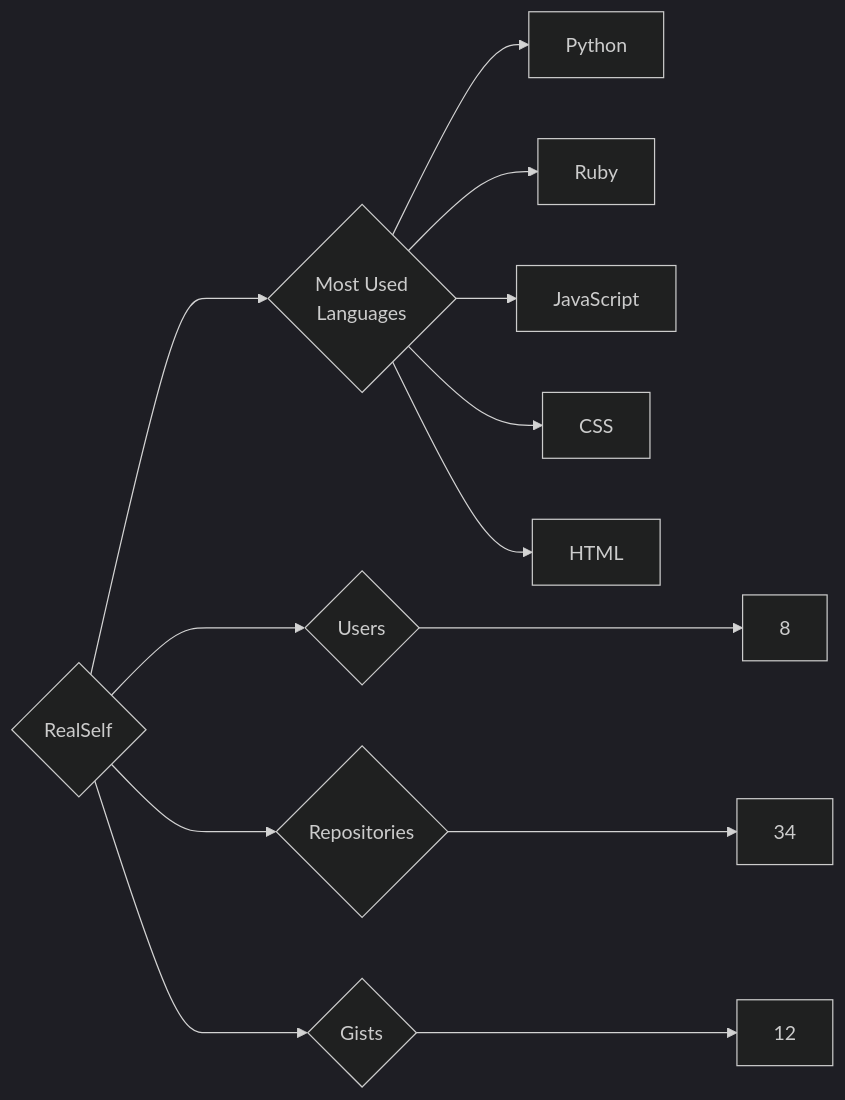
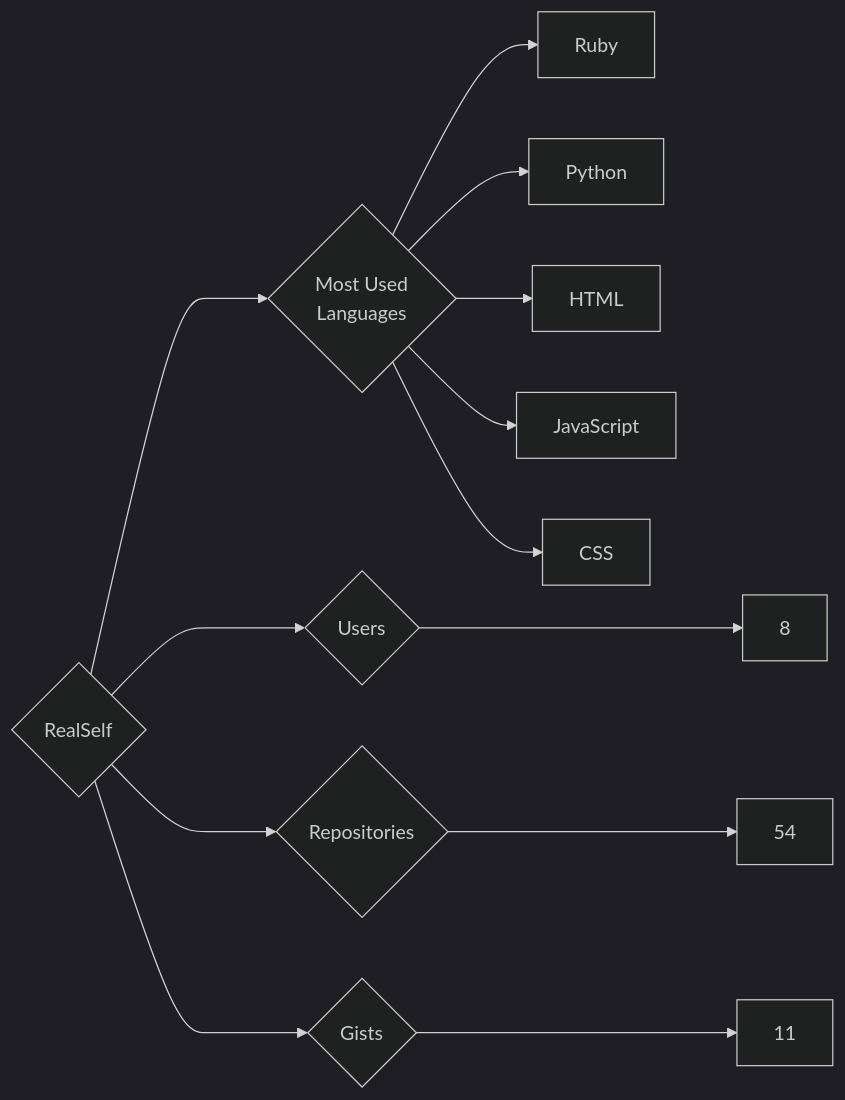
One commit to trickest/insiders changed the diagram in targets/RealSelf/README.md. Above: the diagram before and after it, drawn with Mermaid (dark theme). The commit also changed 912 other files, not shown here.

````diff
--- a/targets/RealSelf/README.md
+++ b/targets/RealSelf/README.md
@@ -3,13 +3,13 @@
 ```mermaid
 graph LR
 COMPANY_NAME{RealSelf}
 COMPANY_NAME ---> U{Users} ---> UN[8]
-COMPANY_NAME ---> R{Repositories} ---> RN[34]
-COMPANY_NAME ---> G{Gists} ---> GN[12]
+COMPANY_NAME ---> R{Repositories} ---> RN[54]
+COMPANY_NAME ---> G{Gists} ---> GN[11]
 COMPANY_NAME ---> ML{Most Used<br>Languages}
+ML --> Ruby[Ruby]
 ML --> Python[Python]
-ML --> Ruby[Ruby]
+ML --> HTML[HTML]
 ML --> JavaScript[JavaScript]
 ML --> CSS[CSS]
-ML --> HTML[HTML]
 ```
````
